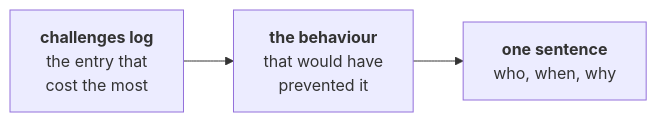
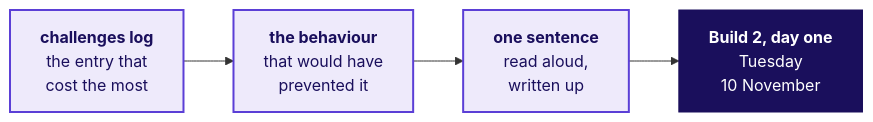
The third of 4 diagrams in content/W03/SAT/slides/C2_W03_SAT_week_close_STUDENT.md (fde-academy-lab/c2-content-factory), drawn with Mermaid before and after one commit. The commit also changed other lines of this file and 4 other files, not shown here.

````diff
--- a/content/W03/SAT/slides/C2_W03_SAT_week_close_STUDENT.md
+++ b/content/W03/SAT/slides/C2_W03_SAT_week_close_STUDENT.md
@@ -118,4 +230,9 @@
 ```mermaid
 flowchart LR
-    A["<b>challenges log</b><br/>the entry that<br/>cost the most"] --> B["<b>the behaviour</b><br/>that would have<br/>prevented it"] --> C["<b>one sentence</b><br/>who, when, why"]
+    L["<b>challenges log</b><br/>the entry that<br/>cost the most"] --> B["<b>the behaviour</b><br/>that would have<br/>prevented it"] --> S["<b>one sentence</b><br/>read aloud,<br/>written up"]
+    S --> F["<b>Build 2, day one</b><br/>Tuesday<br/>10 November"]
+    classDef known fill:#EEEAFB,stroke:#5B3FD6,color:#1A0F5C,stroke-width:2px
+    classDef bet fill:#1A0F5C,stroke:#1A0F5C,color:#FFFFFF
+    class L,B,S known
+    class F bet
 ```
````
